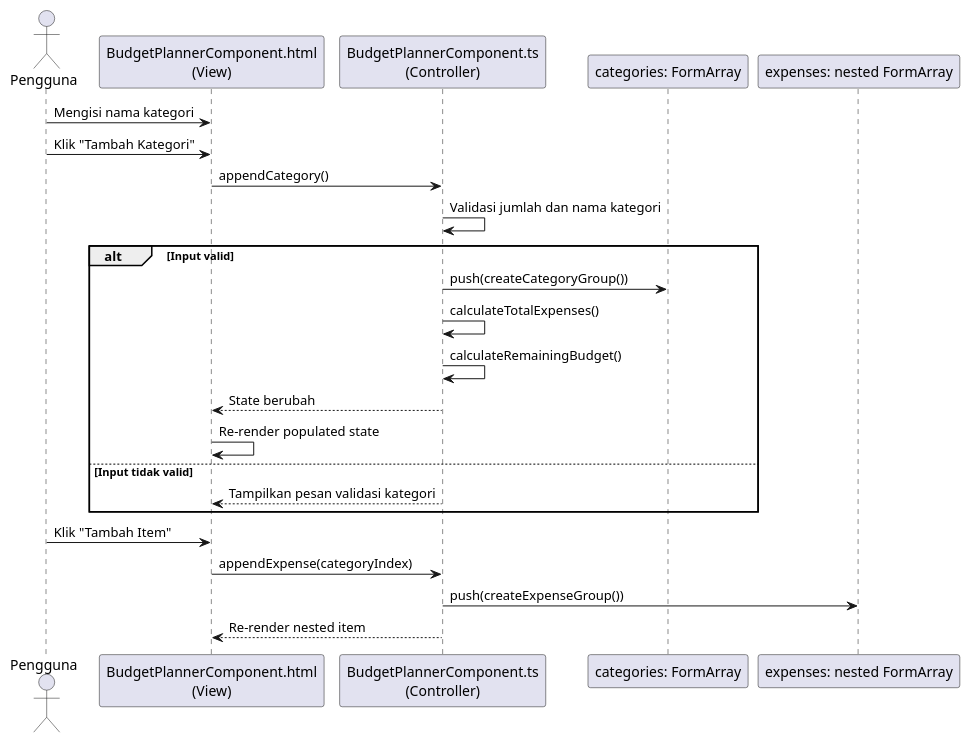
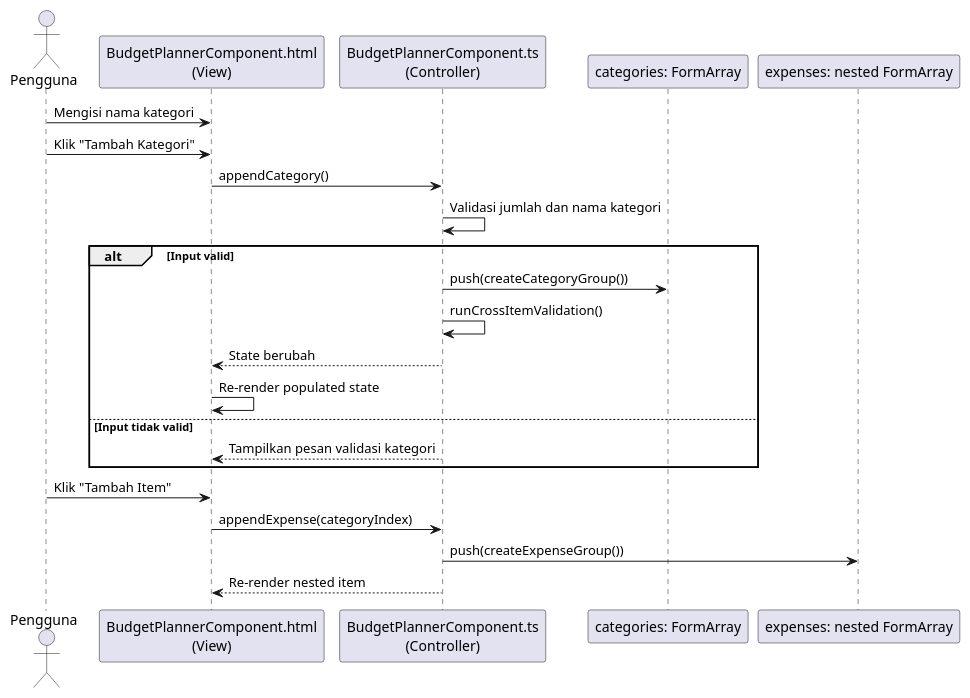
Before and after one commit to Rifatdhy/BudgetKU: the second of 3 diagrams in file.md, drawn with PlantUML. The commit also changed other lines of this file and 19 other files, not shown here.

First line of the commit message:
Harden BudgetKu UI, validation, tests, and UTS docs

````diff
--- a/file.md
+++ b/file.md
@@ -538,28 +537,27 @@
 ```plantuml
 @startuml
 actor Pengguna
 participant "BudgetPlannerComponent.html\n(View)" as View
 participant "BudgetPlannerComponent.ts\n(Controller)" as Controller
 participant "categories: FormArray" as Categories
 participant "expenses: nested FormArray" as Expenses
 
 Pengguna -> View : Mengisi nama kategori
 Pengguna -> View : Klik "Tambah Kategori"
 View -> Controller : appendCategory()
 Controller -> Controller : Validasi jumlah dan nama kategori
 alt Input valid
   Controller -> Categories : push(createCategoryGroup())
-  Controller -> Controller : calculateTotalExpenses()
-  Controller -> Controller : calculateRemainingBudget()
+  Controller -> Controller : runCrossItemValidation()
   Controller --> View : State berubah
   View -> View : Re-render populated state
 else Input tidak valid
   Controller --> View : Tampilkan pesan validasi kategori
 end
 
 Pengguna -> View : Klik "Tambah Item"
 View -> Controller : appendExpense(categoryIndex)
 Controller -> Expenses : push(createExpenseGroup())
 Controller --> View : Re-render nested item
 @enduml
 ```
````
